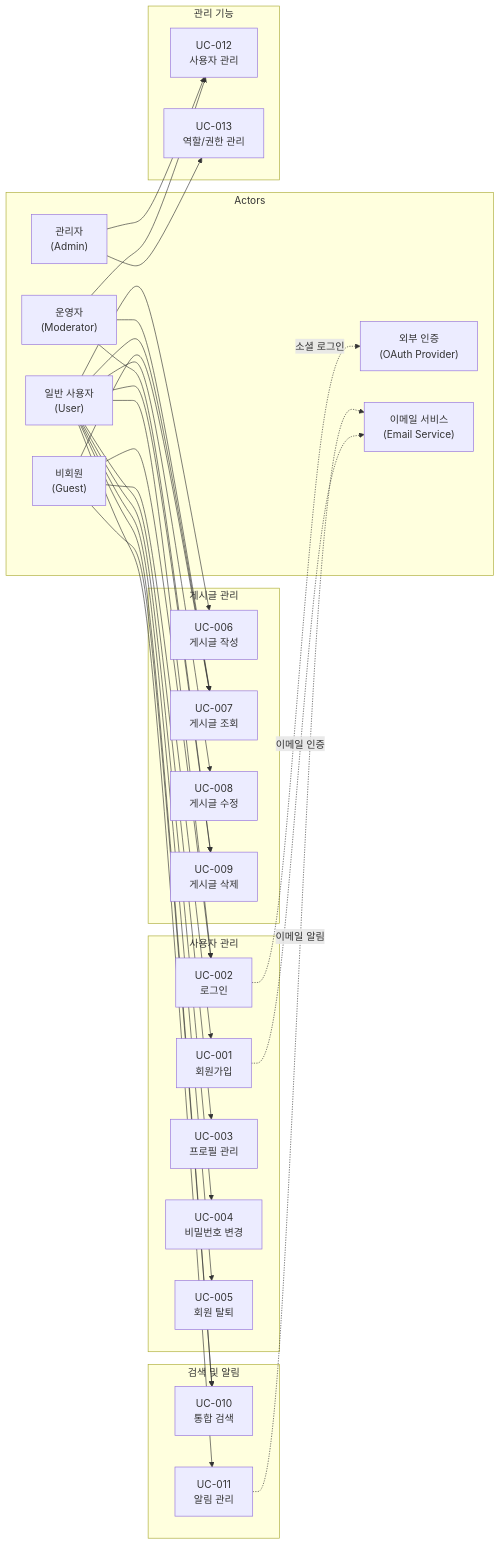
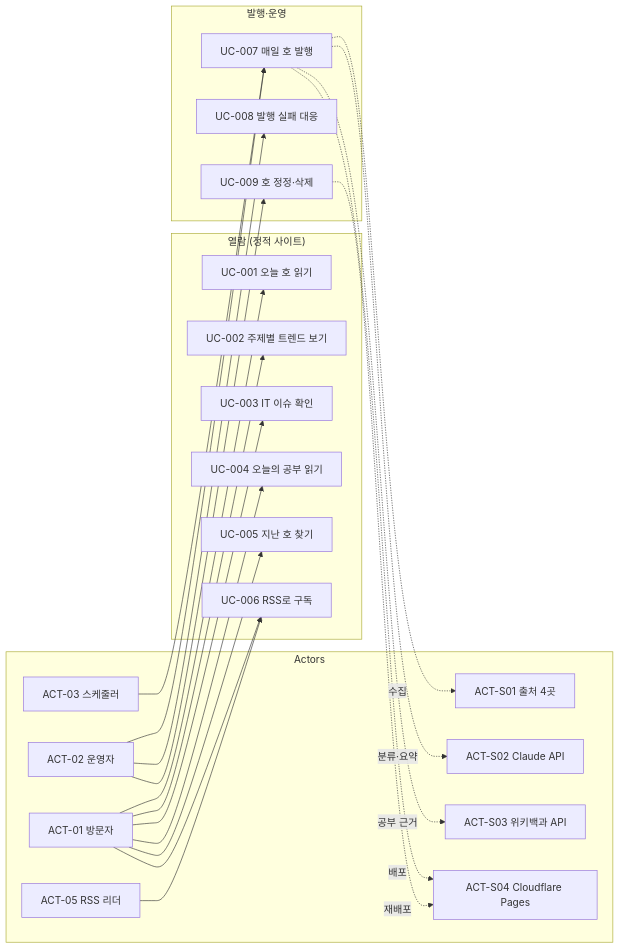
The first of 2 diagrams in waterfall/01-요구사항분석/유스케이스명세서.md (naneunimjee/2026-vibe-coding-adv), drawn with Mermaid before and after one commit. The commit also changed other lines of this file and 5 other files, not shown here.

````diff
--- a/waterfall/01-요구사항분석/유스케이스명세서.md
+++ b/waterfall/01-요구사항분석/유스케이스명세서.md
@@ -44,63 +42,47 @@
 ```mermaid
 flowchart LR
     subgraph Actors
-        GUEST["비회원\n(Guest)"]
-        USER["일반 사용자\n(User)"]
-        MODERATOR["운영자\n(Moderator)"]
-        ADMIN["관리자\n(Admin)"]
-        EXT_AUTH["외부 인증\n(OAuth Provider)"]
-        EXT_EMAIL["이메일 서비스\n(Email Service)"]
+        V["ACT-01 방문자"]
+        R["ACT-05 RSS 리더"]
+        OP["ACT-02 운영자"]
+        SCH["ACT-03 스케줄러"]
+        SRC["ACT-S01 출처 4곳"]
+        CL["ACT-S02 Claude API"]
+        WP["ACT-S03 위키백과 API"]
+        CF["ACT-S04 Cloudflare Pages"]
     end
 
-    subgraph "사용자 관리"
-        UC001["UC-001\n회원가입"]
-        UC002["UC-002\n로그인"]
-        UC003["UC-003\n프로필 관리"]
-        UC004["UC-004\n비밀번호 변경"]
-        UC005["UC-005\n회원 탈퇴"]
+    subgraph "열람 (정적 사이트)"
+        UC001["UC-001 오늘 호 읽기"]
+        UC002["UC-002 주제별 트렌드 보기"]
+        UC003["UC-003 IT 이슈 확인"]
+        UC004["UC-004 오늘의 공부 읽기"]
+        UC005["UC-005 지난 호 찾기"]
+        UC006["UC-006 RSS로 구독"]
     end
 
-    subgraph "게시글 관리"
-        UC006["UC-006\n게시글 작성"]
-        UC007["UC-007\n게시글 조회"]
-        UC008["UC-008\n게시글 수정"]
-        UC009["UC-009\n게시글 삭제"]
+    subgraph "발행·운영"
+        UC007["UC-007 매일 호 발행"]
+        UC008["UC-008 발행 실패 대응"]
+        UC009["UC-009 호 정정·삭제"]
     end
 
-    subgraph "검색 및 알림"
-        UC010["UC-010\n통합 검색"]
-        UC011["UC-011\n알림 관리"]
-    end
+    V --> UC001
+    V --> UC002
+    V --> UC003
+    V --> UC004
+    V --> UC005
+    V --> UC006
+    R --> UC006
 
-    subgraph "관리 기능"
-        UC012["UC-012\n사용자 관리"]
-        UC013["UC-013\n역할/권한 관리"]
-    end
+    SCH --> UC007
+    OP --> UC007
+    OP --> UC008
+    OP --> UC009
 
-    GUEST --> UC001
-    GUEST --> UC002
-    GUEST --> UC007
-    GUEST --> UC010
-
-    USER --> UC002
-    USER --> UC003
-    USER --> UC004
-    USER --> UC005
-    USER --> UC006
-    USER --> UC007
-    USER --> UC008
-    USER --> UC009
-    USER --> UC010
-    USER --> UC011
-
-    MODERATOR --> UC007
-    MODERATOR --> UC009
-    MODERATOR --> UC012
-
-    ADMIN --> UC012
-    ADMIN --> UC013
-
-    UC001 -.->|"이메일 인증"| EXT_EMAIL
-    UC002 -.->|"소셜 로그인"| EXT_AUTH
-    UC011 -.->|"이메일 알림"| EXT_EMAIL
+    UC007 -.->|수집| SRC
+    UC007 -.->|분류·요약| CL
+    UC007 -.->|공부 근거| WP
+    UC007 -.->|배포| CF
+    UC009 -.->|재배포| CF
 ```
````
